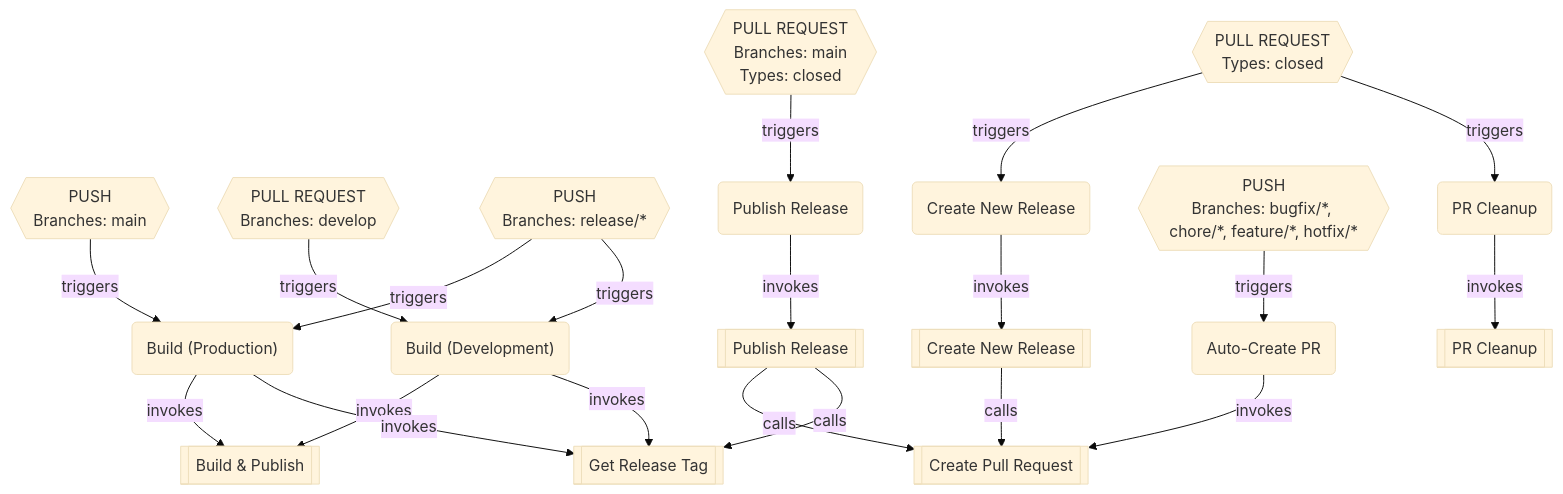
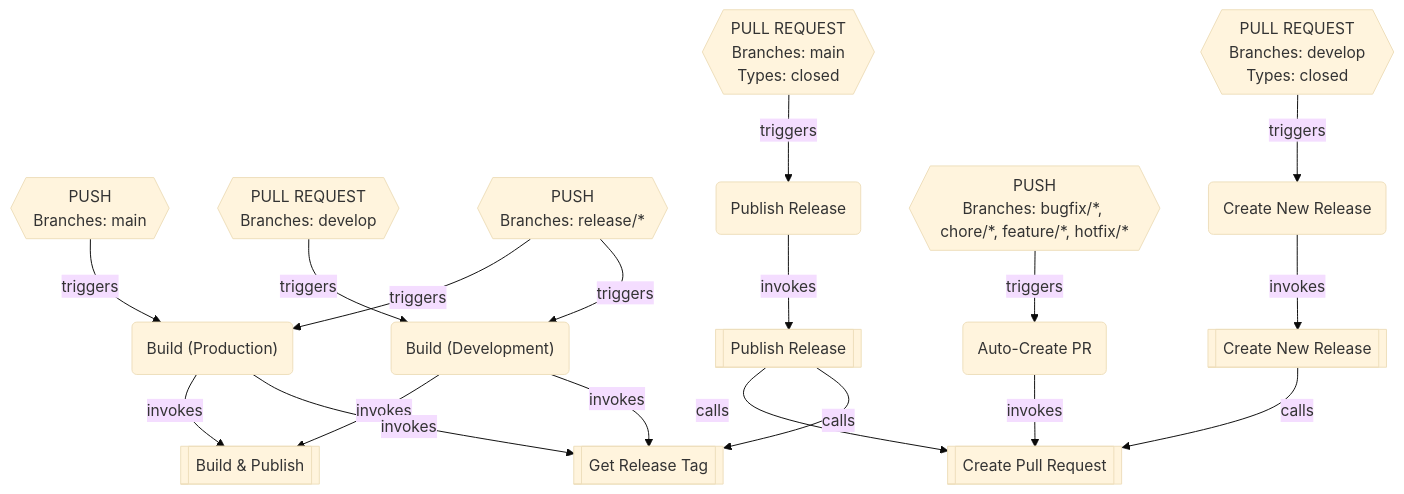
Before and after one commit to worgarside/github-config-files: the fifth of 6 diagrams in README.md, drawn with Mermaid (base theme). The commit also changed other lines of this file and 14 other files, not shown here.

````diff
--- a/README.md
+++ b/README.md
@@ -479,53 +443,50 @@
 ```mermaid
 flowchart TB
-EE-- triggers -->DJ
-DC-- triggers -->DB
-DB-- invokes -->AB
-DB-- invokes -->D
-EA-- triggers -->DB
-EA-- triggers -->DJ
-DJ-- invokes -->AB
-DJ-- invokes -->D
-CF-- invokes -->AT
-CO-- triggers -->CF
-CO-- triggers -->CM
-CM-- invokes -->O
+ED-- triggers -->DI
+DB-- triggers -->DA
+DA-- invokes -->AB
+DA-- invokes -->D
+DZ-- triggers -->DA
+DZ-- triggers -->DI
+DI-- invokes -->AB
+DI-- invokes -->D
+CN-- triggers -->CL
+CL-- invokes -->O
 O-- calls -->X
-BQ-- triggers -->BP
-BP-- invokes -->X
-CV-- triggers -->CU
-CU-- invokes -->AX
-AX-- calls -->AB
-AX-- calls -->X
+BP-- triggers -->BO
+BO-- invokes -->X
+CU-- triggers -->CT
+CT-- invokes -->AW
+AW-- calls -->AB
+AW-- calls -->X
 AB[["Get Release Tag"]]
-AT[["PR Cleanup"]]
-AX[["Publish Release"]]
-BP("Auto-Create PR")
-BQ{{"PUSH
+AW[["Publish Release"]]
+BO("Auto-Create PR")
+BP{{"PUSH
 Branches: bugfix/*, chore/*, feature/*, hotfix/*
 "}}
-CF("PR Cleanup")
-CM("Create New Release")
-CO{{"PULL REQUEST
+CL("Create New Release")
+CN{{"PULL REQUEST
+Branches: develop
 Types: closed
 "}}
-CU("Publish Release")
-CV{{"PULL REQUEST
+CT("Publish Release")
+CU{{"PULL REQUEST
 Branches: main
 Types: closed
 "}}
 D[["Build & Publish"]]
-DB("Build (Development)")
-DC{{"PULL REQUEST
+DA("Build (Development)")
+DB{{"PULL REQUEST
 Branches: develop
 "}}
-DJ("Build (Production)")
-EA{{"PUSH
+DI("Build (Production)")
+DZ{{"PUSH
 Branches: release/*
 "}}
-EE{{"PUSH
+ED{{"PUSH
 Branches: main
 "}}
 O[["Create New Release"]]
 X[["Create Pull Request"]]
 ```
````
